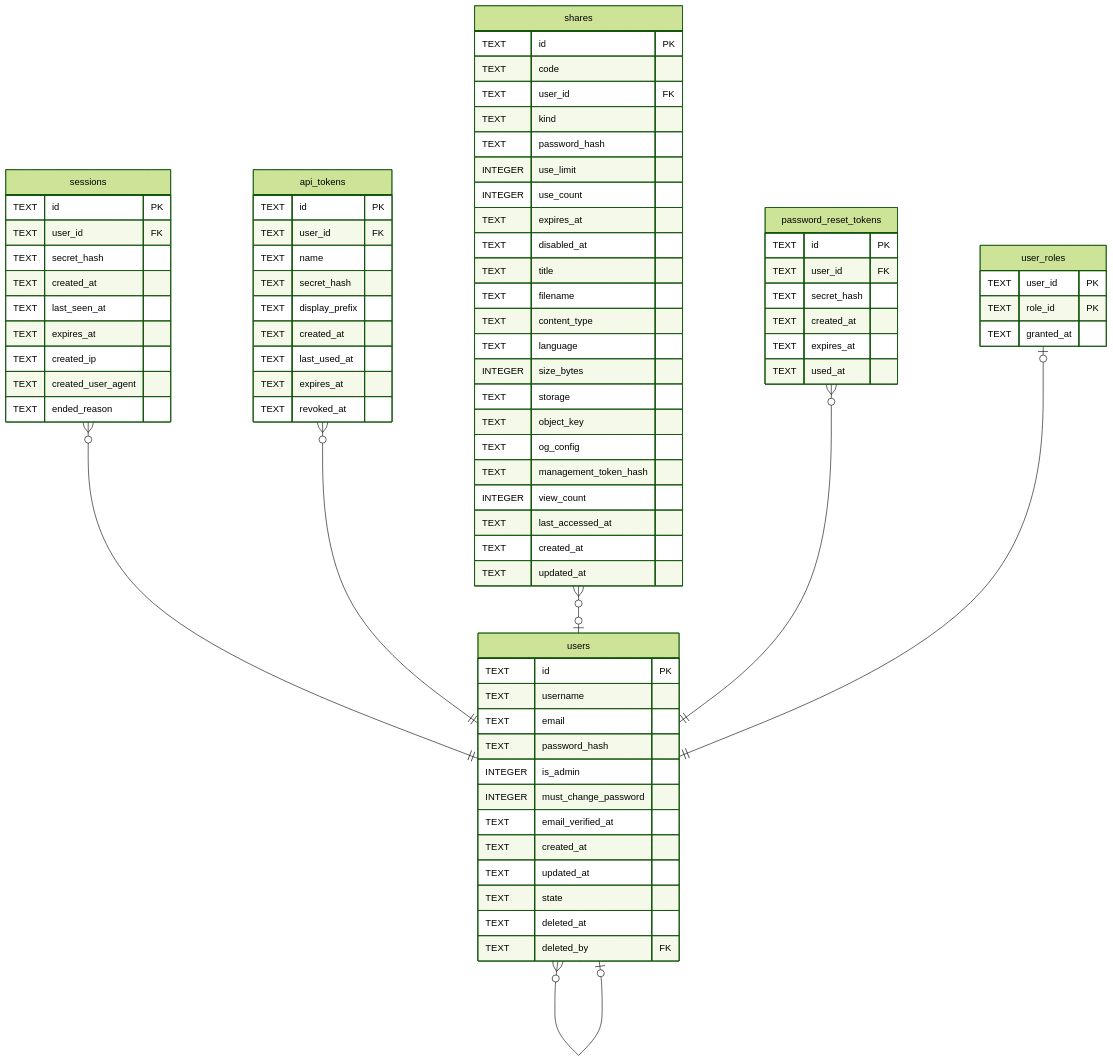
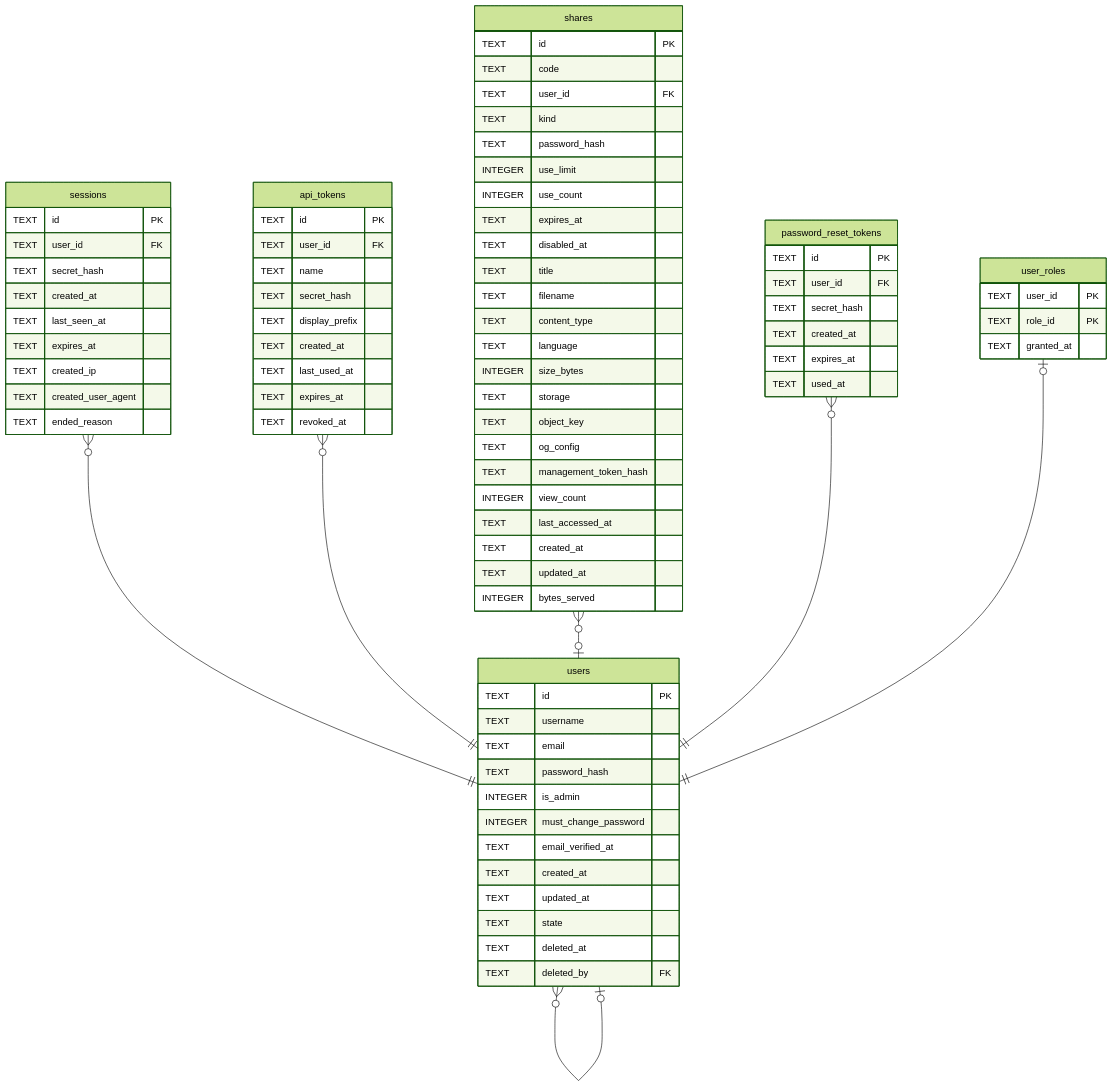
Before and after one commit to Limatura/tessera: the diagram in docs/schema/users.md, drawn with Mermaid (forest theme). The commit also changed 27 other files, not shown here.

```diff
--- a/docs/schema/users.md
+++ b/docs/schema/users.md
@@ -135,6 +135,7 @@
   TEXT last_accessed_at
   TEXT created_at
   TEXT updated_at
+  INTEGER bytes_served
 }
 "password_reset_tokens" {
   TEXT id PK
```
